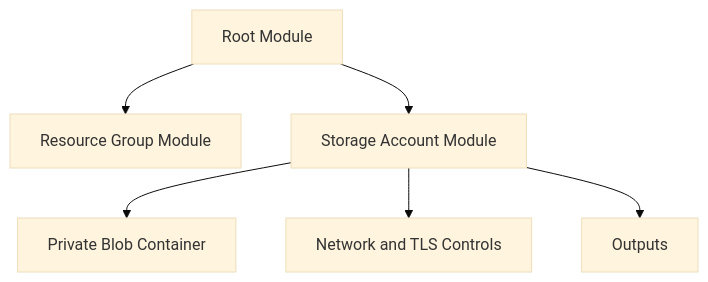
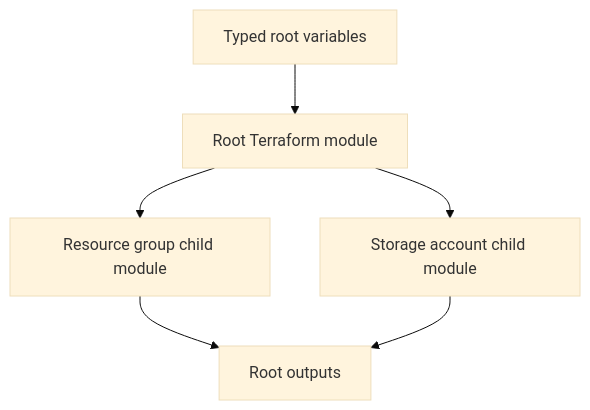
Before and after one commit to haqueamir70-coder/Terraform-_Storage_Module: the diagram in README.md, drawn with Mermaid (base theme). The commit also changed other lines of this file, not shown here.

Commit message:
Document root composition, module contracts and security boundaries

````diff
--- a/README.md
+++ b/README.md
@@ -17,8 +7,8 @@
 ```mermaid
-flowchart TD
-  A[Root Module] --> B[Resource Group Module]
-  A --> C[Storage Account Module]
-  C --> D[Private Blob Container]
-  C --> E[Network and TLS Controls]
-  C --> F[Outputs]
+flowchart TB
+  Inputs[Typed root variables] --> Root[Root Terraform module]
+  Root --> RG[Resource group child module]
+  Root --> SA[Storage account child module]
+  RG --> Outputs[Root outputs]
+  SA --> Outputs
 ```
````
